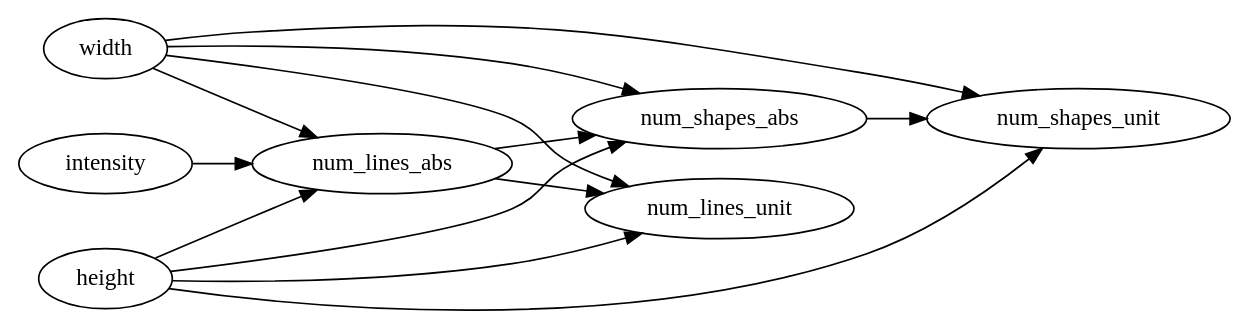
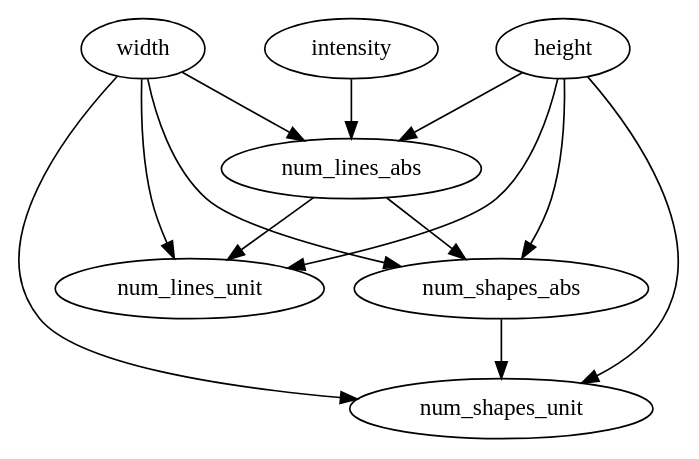
The diagram in examples/poisson-line-process/dag.dot (CITCOM-project/CausalTestingFramework), drawn with Graphviz before and after one commit. The commit also changed 13 other files, not shown here.

```diff
--- a/examples/poisson-line-process/dag.dot
+++ b/examples/poisson-line-process/dag.dot
@@ -1,14 +1,13 @@
 digraph poisson_line_process {
-  rankdir=LR;
   width -> num_lines_abs;
   width -> num_shapes_abs;
   width -> num_lines_unit;
   width -> num_shapes_unit;
   height -> num_lines_abs;
   height -> num_shapes_abs;
   height -> num_lines_unit;
   height -> num_shapes_unit;
   num_lines_abs -> num_lines_unit;
   num_shapes_abs -> num_shapes_unit;
   intensity -> num_lines_abs;
   num_lines_abs -> num_shapes_abs ;}
```
